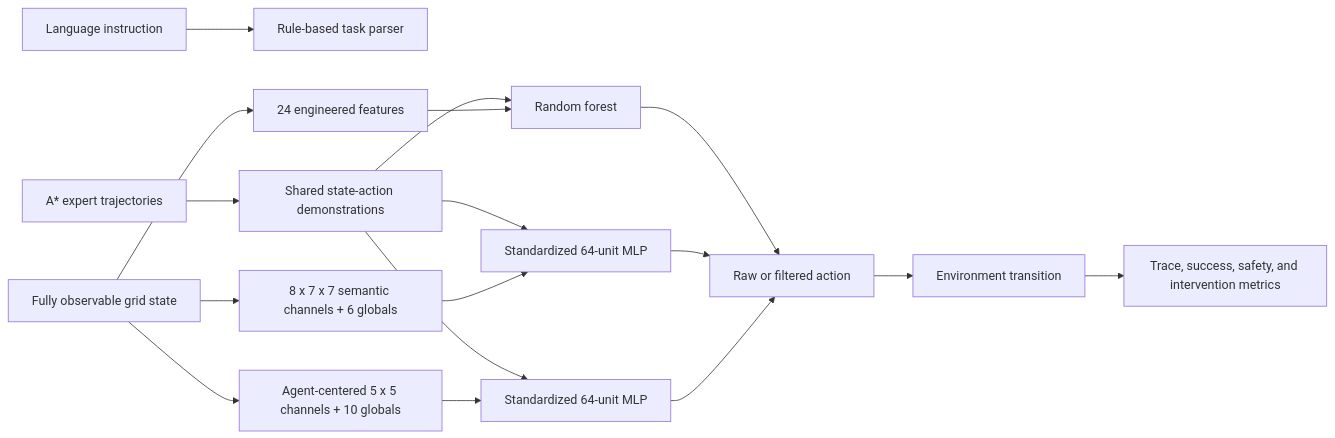
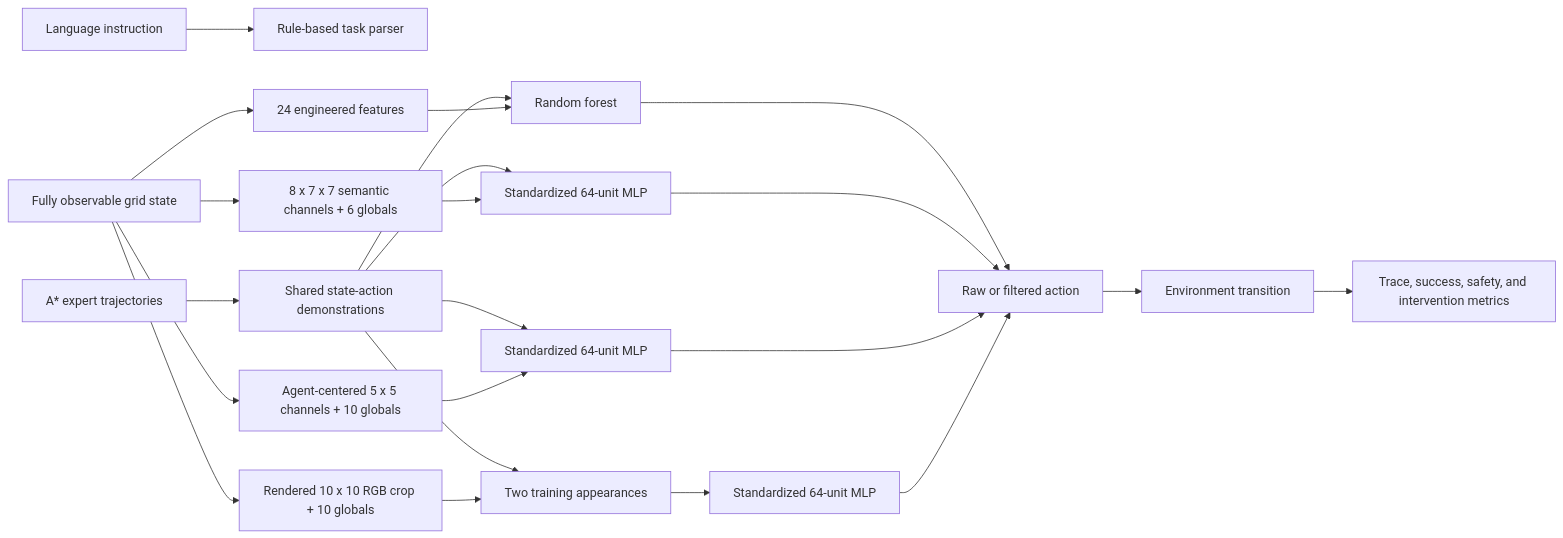
Before and after one commit to josiahsutd-stack/ai-portfolio: the diagram in projects/vla-embodied-agent-simulator/README.md, drawn with Mermaid. The commit also changed other lines of this file and 35 other files, not shown here.

Commit message:
Add rendered RGB embodied policy evaluation

````diff
--- a/projects/vla-embodied-agent-simulator/README.md
+++ b/projects/vla-embodied-agent-simulator/README.md
@@ -79,19 +87,24 @@
 ```mermaid
 flowchart LR
   A["Language instruction"] --> B["Rule-based task parser"]
   C["Fully observable grid state"] --> D["24 engineered features"]
   C --> E["8 x 7 x 7 semantic channels + 6 globals"]
   C --> M["Agent-centered 5 x 5 channels + 10 globals"]
+  C --> O["Rendered 10 x 10 RGB crop + 10 globals"]
   F["A* expert trajectories"] --> G["Shared state-action demonstrations"]
   G --> H["Random forest"]
   G --> I["Standardized 64-unit MLP"]
   G --> N["Standardized 64-unit MLP"]
+  G --> P["Two training appearances"]
   D --> H
   E --> I
   M --> N
+  O --> P
+  P --> R["Standardized 64-unit MLP"]
   H --> J["Raw or filtered action"]
   I --> J
   N --> J
+  R --> J
   J --> K["Environment transition"]
   K --> L["Trace, success, safety, and intervention metrics"]
 ```
````
